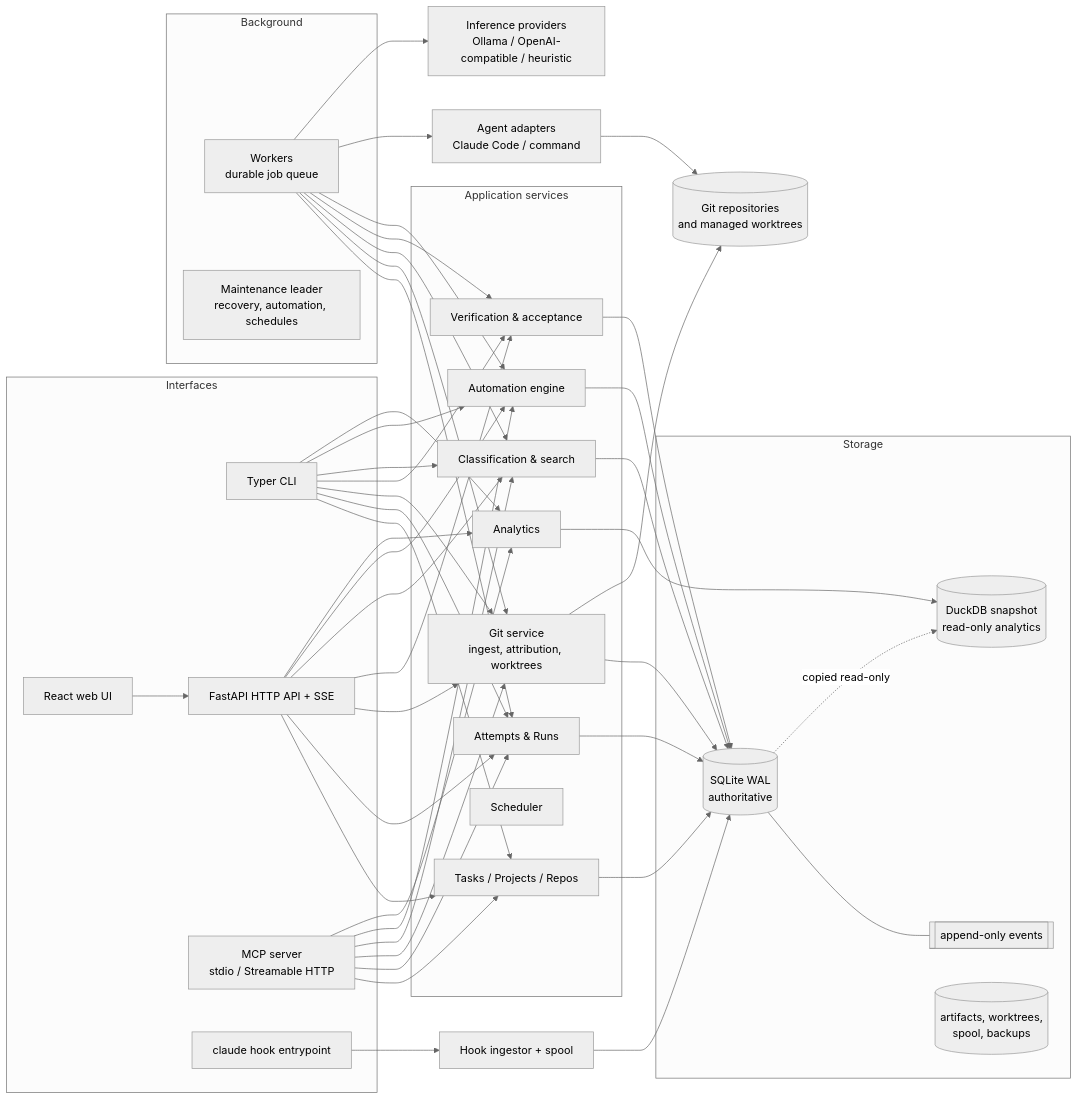
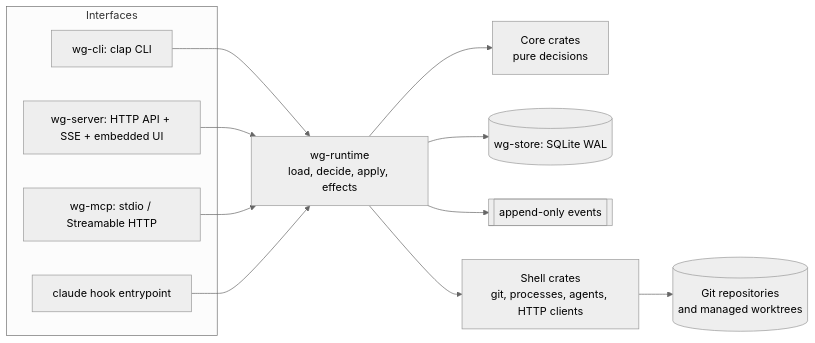
The first of 2 diagrams in docs/architecture.md (BriceKrispies/workgraph), drawn with Mermaid (neutral theme) before and after one commit. The commit also changed other lines of this file and 18 other files, not shown here.

````diff
--- a/docs/architecture.md
+++ b/docs/architecture.md
@@ -6,44 +7,17 @@
 ```mermaid
 flowchart LR
     subgraph Interfaces
-        CLI[Typer CLI]
-        HTTP[FastAPI HTTP API + SSE]
-        MCP[MCP server<br/>stdio / Streamable HTTP]
+        CLI[wg-cli: clap CLI]
+        HTTP[wg-server: HTTP API + SSE + embedded UI]
+        MCP[wg-mcp: stdio / Streamable HTTP]
         HOOK[claude hook entrypoint]
-        UI[React web UI]
     end
-    UI --> HTTP
-    subgraph Application services
-        TS[Tasks / Projects / Repos]
-        ATT[Attempts & Runs]
-        GIT[Git service<br/>ingest, attribution, worktrees]
-        VER[Verification & acceptance]
-        CLS[Classification & search]
-        AUT[Automation engine]
-        SCH[Scheduler]
-        ANA[Analytics]
-    end
-    CLI --> TS & ATT & GIT & VER & CLS & AUT & ANA
-    HTTP --> TS & ATT & GIT & VER & CLS & AUT & ANA
-    MCP --> TS & ATT & GIT & CLS & AUT & ANA
-    HOOK --> ING[Hook ingestor + spool]
-    subgraph Storage
-        DB[(SQLite WAL<br/>authoritative)]
-        EV[[append-only events]]
-        DUCK[(DuckDB snapshot<br/>read-only analytics)]
-        FS[(artifacts, worktrees,<br/>spool, backups)]
-    end
-    TS & ATT & GIT & VER & CLS & AUT & ING --> DB
-    DB --- EV
-    ANA --> DUCK
-    DB -. copied read-only .-> DUCK
-    subgraph Background
-        W[Workers<br/>durable job queue]
-        M[Maintenance leader<br/>recovery, automation, schedules]
-    end
-    W --> ATT & GIT & CLS & VER & AUT
-    W --> AG[Agent adapters<br/>Claude Code / command]
-    W --> LLM[Inference providers<br/>Ollama / OpenAI-compatible / heuristic]
-    AG --> REPOS[(Git repositories<br/>and managed worktrees)]
-    GIT --> REPOS
+    RT[wg-runtime<br/>load, decide, apply, effects]
+    CLI & HTTP & MCP & HOOK --> RT
+    C[Core crates<br/>pure decisions]
+    RT --> C
+    RT --> DB[(wg-store: SQLite WAL)]
+    RT --> EV[[append-only events]]
+    RT --> SH[Shell crates<br/>git, processes, agents, HTTP clients]
+    SH --> REPOS[(Git repositories<br/>and managed worktrees)]
 ```
````
